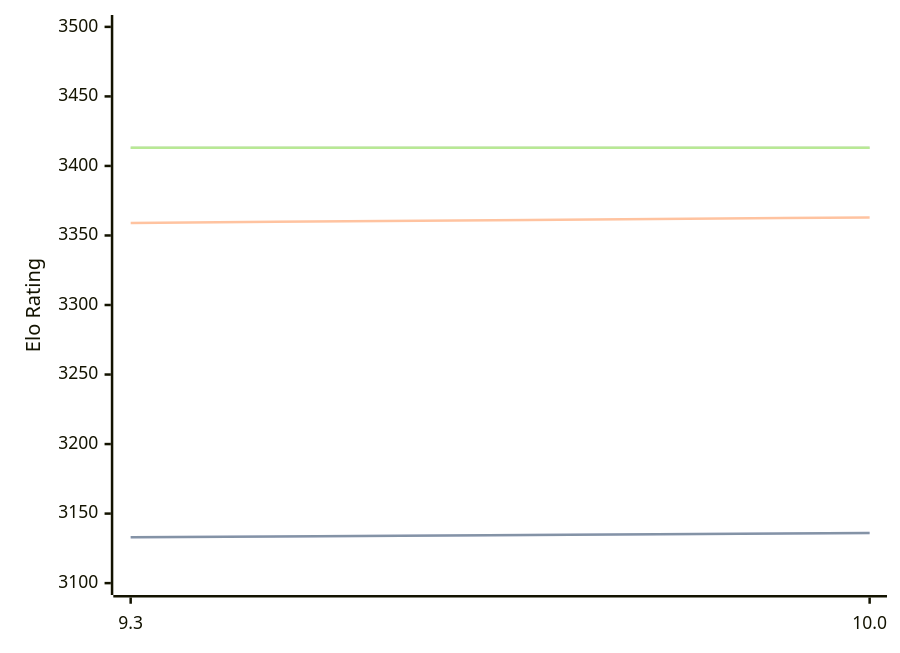
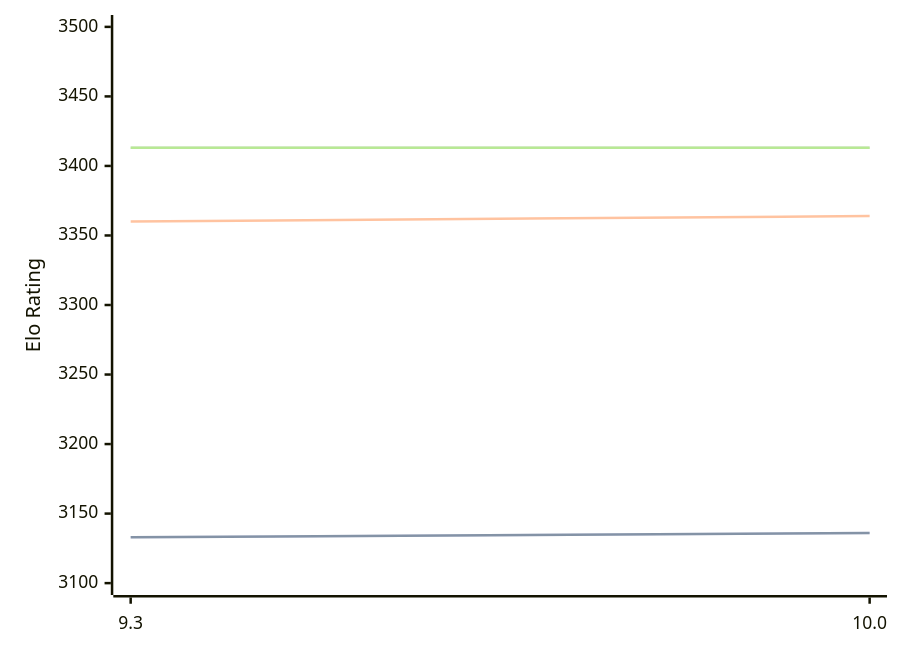
One commit to computer-chess-index/cci changed the diagram in engines/Fire.md. Above: the diagram before and after it, drawn with Mermaid. The commit also changed other lines of this file, not shown here.

````diff
--- a/engines/Fire.md
+++ b/engines/Fire.md
@@ -47,11 +47,11 @@
 ```mermaid
 %%{init: {"theme":"base","themeVariables":{"seriesColors:['#a3a3a3','#222221','#faa371']}}}%%
 xychart-beta
   x-axis ["9.3", "10.0"]
   y-axis "Elo Rating" 3100 --> 3500
   line "STC (8.0+0.08s)" [3133, 3136]
   line "STC (8.0+0.08s)" [3133, 3136]
-  line "LTC (60.0+0.60s)" [3359, 3363]
+  line "LTC (60.0+0.60s)" [3360, 3364]
   line "VLTC (2m24s+1.12s)" [3413, 3413]
   line "VLTC (2m24s+1.12s)" [3413, 3413]
 ```
````
